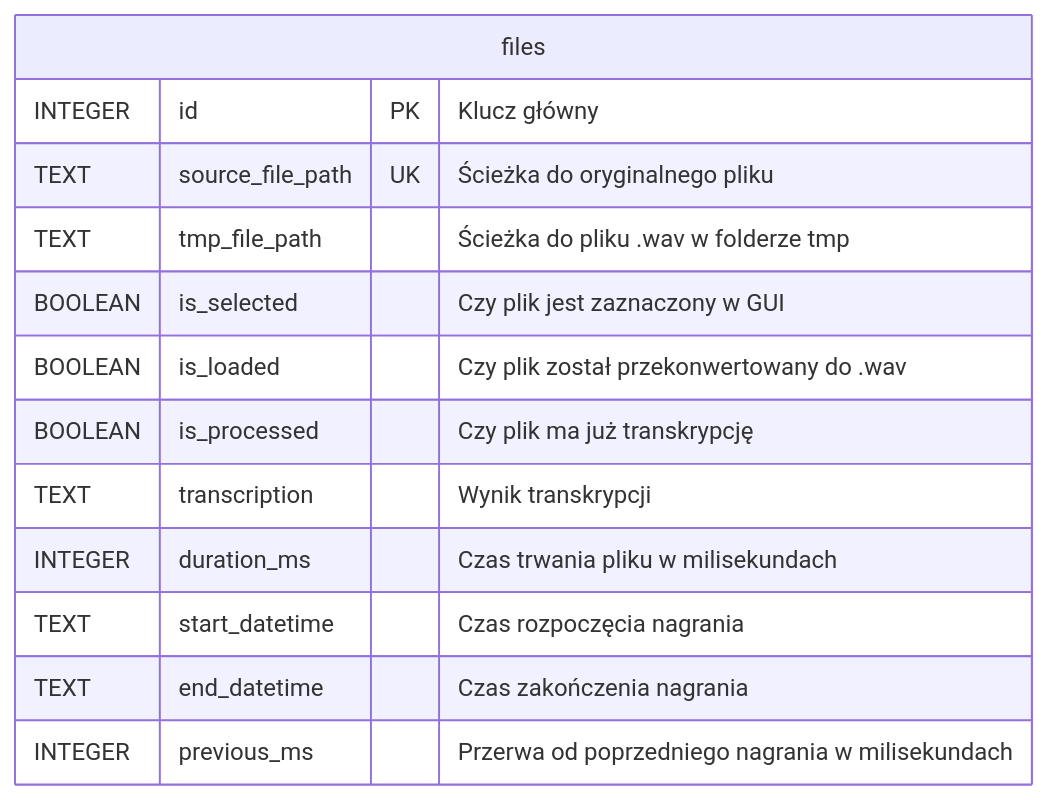
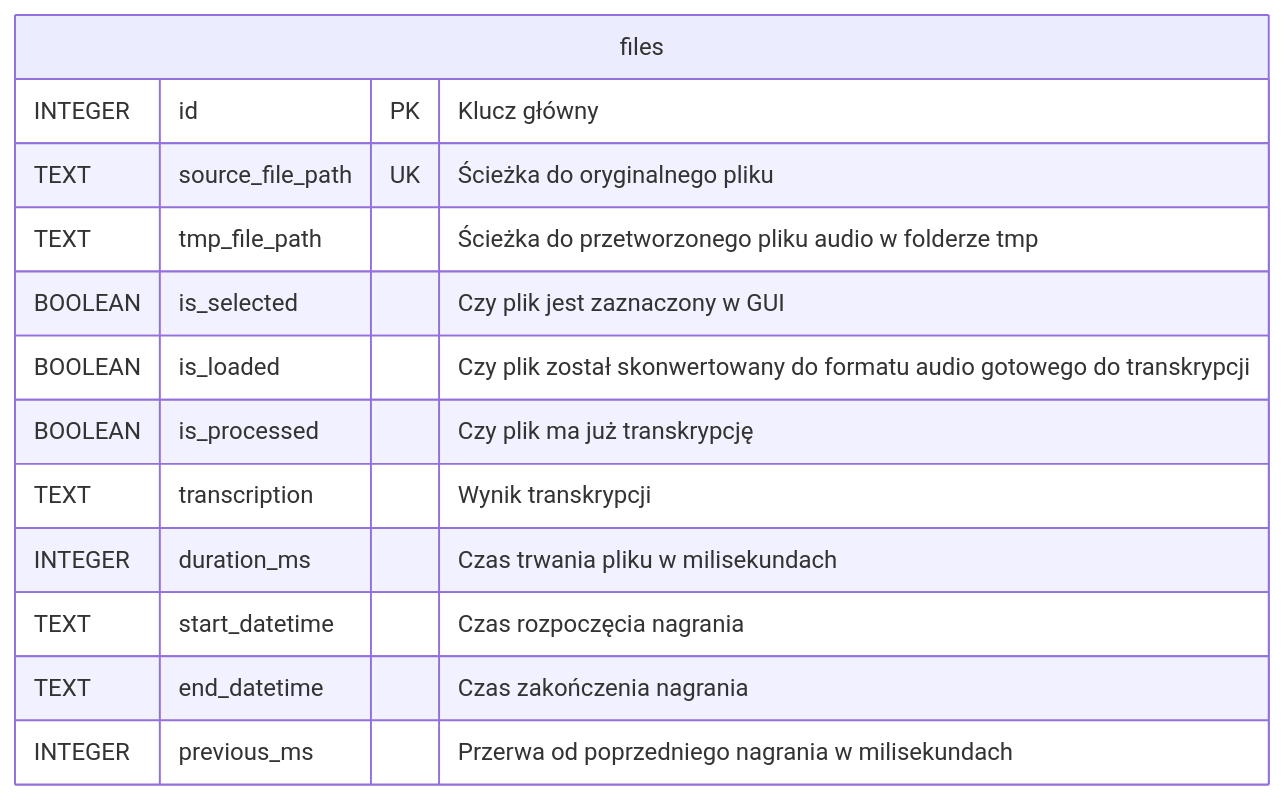
Before and after one commit to chrisonoo/voice-note: the first of 3 diagrams in README.md, drawn with Mermaid. The commit also changed other lines of this file and 8 other files, not shown here.

````diff
--- a/README.md
+++ b/README.md
@@ -107,16 +107,16 @@
 ```mermaid
 erDiagram
     files {
         INTEGER id PK "Klucz główny"
         TEXT source_file_path UK "Ścieżka do oryginalnego pliku"
-        TEXT tmp_file_path "Ścieżka do pliku .wav w folderze tmp"
+        TEXT tmp_file_path "Ścieżka do przetworzonego pliku audio w folderze tmp"
         BOOLEAN is_selected "Czy plik jest zaznaczony w GUI"
-        BOOLEAN is_loaded "Czy plik został przekonwertowany do .wav"
+        BOOLEAN is_loaded "Czy plik został skonwertowany do formatu audio gotowego do transkrypcji"
         BOOLEAN is_processed "Czy plik ma już transkrypcję"
         TEXT transcription "Wynik transkrypcji"
         INTEGER duration_ms "Czas trwania pliku w milisekundach"
         TEXT start_datetime "Czas rozpoczęcia nagrania"
         TEXT end_datetime "Czas zakończenia nagrania"
         INTEGER previous_ms "Przerwa od poprzedniego nagrania w milisekundach"
     }
 ```
````
